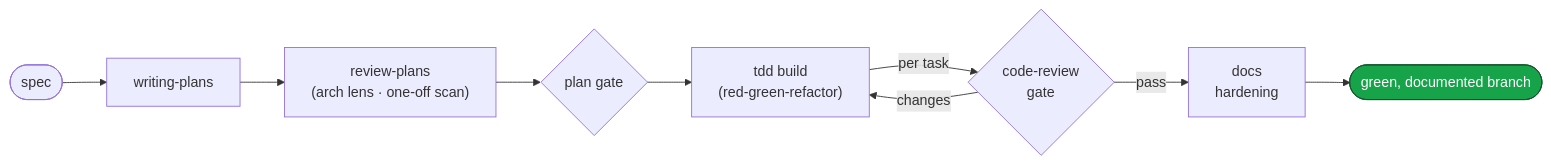
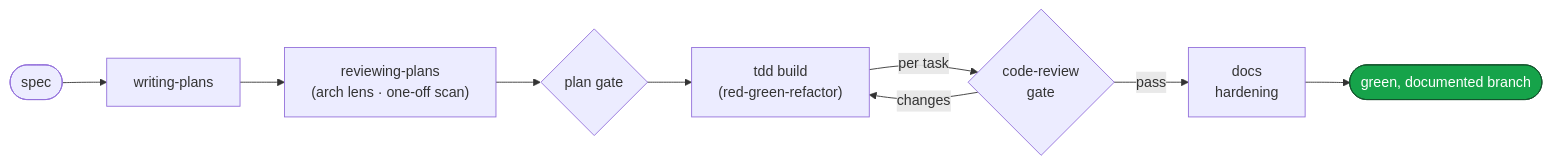
The sixth of 6 diagrams in README.md (dashworthy/engineering), drawn with Mermaid before and after one commit. The commit also changed other lines of this file and 5 other files, not shown here.

````diff
--- a/README.md
+++ b/README.md
@@ -148,13 +148,13 @@
 ```mermaid
 flowchart LR
     classDef done fill:#16a34a,stroke:#14532d,color:#fff
 
     SPEC(["spec"]) --> P["writing-plans"]
-    P --> RV["review-plans<br/>(arch lens · one-off scan)"]
+    P --> RV["reviewing-plans<br/>(arch lens · one-off scan)"]
     RV --> PG{"plan gate"}
     PG --> B["tdd build<br/>(red-green-refactor)"]
     B -->|"per task"| R{"code-review<br/>gate"}
     R -->|"changes"| B
     R -->|"pass"| DOC["docs<br/>hardening"]
     DOC --> DONE(["green, documented branch"]):::done
 ```
````
